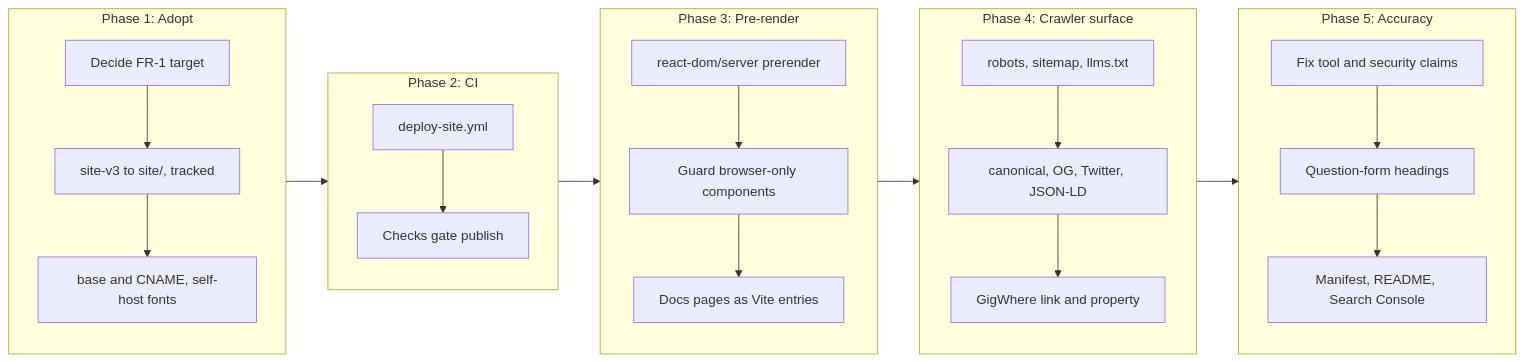
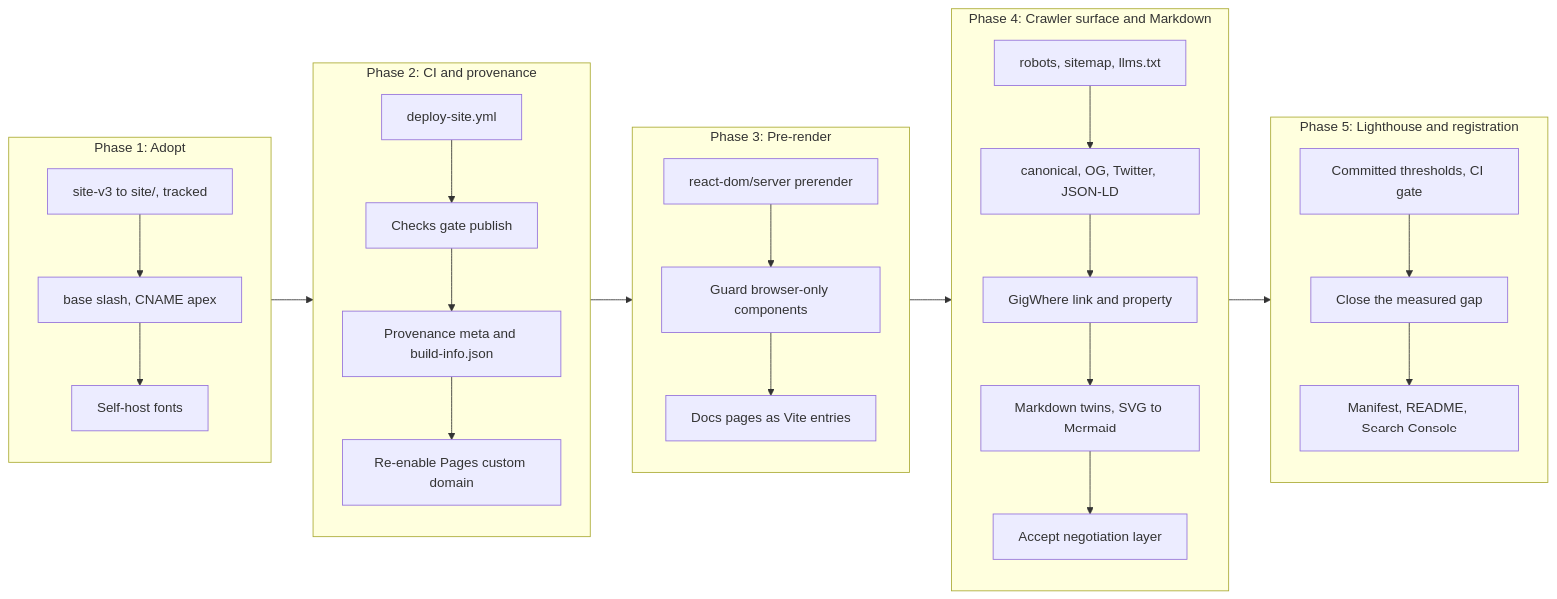
One commit to desek/outlook-local-mcp changed the third of 4 diagrams in docs/cr/CR-0070-site-v3-adoption-with-seo-geo-optimization-and-ci-deployment.md. Above: the diagram before and after it, drawn with Mermaid. The commit also changed other lines of this file, not shown here.

First line of the commit message:
docs(cr-0070): settle apex target, add provenance, markdown, and lighthouse; defer copy

````diff
--- a/docs/cr/CR-0070-site-v3-adoption-with-seo-geo-optimization-and-ci-deployment.md
+++ b/docs/cr/CR-0070-site-v3-adoption-with-seo-geo-optimization-and-ci-deployment.md
@@ -528,23 +669,27 @@
 ```mermaid
 flowchart LR
     subgraph P1["Phase 1: Adopt"]
-        A1["Decide FR-1 target"] --> A2["site-v3 to site/, tracked"]
-        A2 --> A3["base and CNAME, self-host fonts"]
+        A1["site-v3 to site/, tracked"] --> A2["base slash, CNAME apex"]
+        A2 --> A3["Self-host fonts"]
     end
-    subgraph P2["Phase 2: CI"]
+    subgraph P2["Phase 2: CI and provenance"]
         B1["deploy-site.yml"] --> B2["Checks gate publish"]
+        B2 --> B3["Provenance meta and build-info.json"]
+        B3 --> B4["Re-enable Pages custom domain"]
     end
     subgraph P3["Phase 3: Pre-render"]
         C1["react-dom/server prerender"] --> C2["Guard browser-only components"]
         C2 --> C3["Docs pages as Vite entries"]
     end
-    subgraph P4["Phase 4: Crawler surface"]
+    subgraph P4["Phase 4: Crawler surface and Markdown"]
         D1["robots, sitemap, llms.txt"] --> D2["canonical, OG, Twitter, JSON-LD"]
         D2 --> D3["GigWhere link and property"]
+        D3 --> D4["Markdown twins, SVG to Mermaid"]
+        D4 --> D5["Accept negotiation layer"]
     end
-    subgraph P5["Phase 5: Accuracy"]
-        E1["Fix tool and security claims"] --> E2["Question-form headings"]
+    subgraph P5["Phase 5: Lighthouse and registration"]
+        E1["Committed thresholds, CI gate"] --> E2["Close the measured gap"]
         E2 --> E3["Manifest, README, Search Console"]
     end
     P1 --> P2 --> P3 --> P4 --> P5
 ```
````
